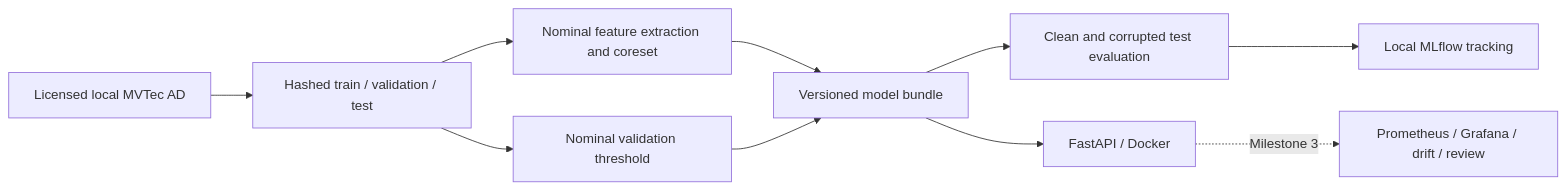
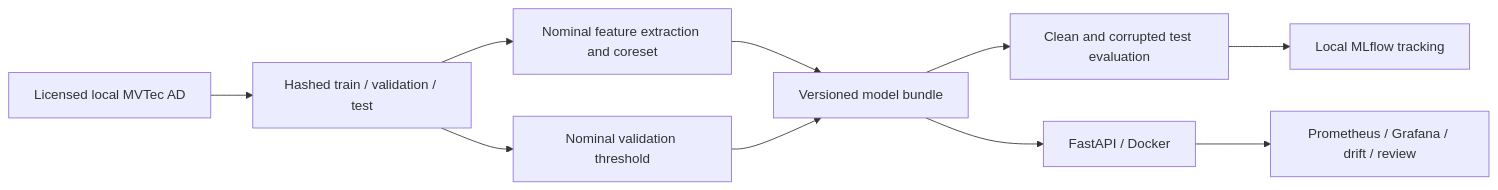
Before and after one commit to palonso-v/reliable-vision: the diagram in README.md, drawn with Mermaid. The commit also changed other lines of this file and 19 other files, not shown here.

Commit message:
Implement milestone 3 monitoring drift detection and persistent human review

````diff
--- a/README.md
+++ b/README.md
@@ -82,12 +83,12 @@
 ```mermaid
 flowchart LR
     Data[Licensed local MVTec AD] --> Split[Hashed train / validation / test]
     Split --> Train[Nominal feature extraction and coreset]
     Train --> Bank[Versioned model bundle]
     Split --> Val[Nominal validation threshold]
     Val --> Bank
     Bank --> Eval[Clean and corrupted test evaluation]
     Eval --> MLflow[Local MLflow tracking]
     Bank --> API[FastAPI / Docker]
-    API -. Milestone 3 .-> Monitor[Prometheus / Grafana / drift / review]
+    API --> Monitor[Prometheus / Grafana / drift / review]
 ```
````
